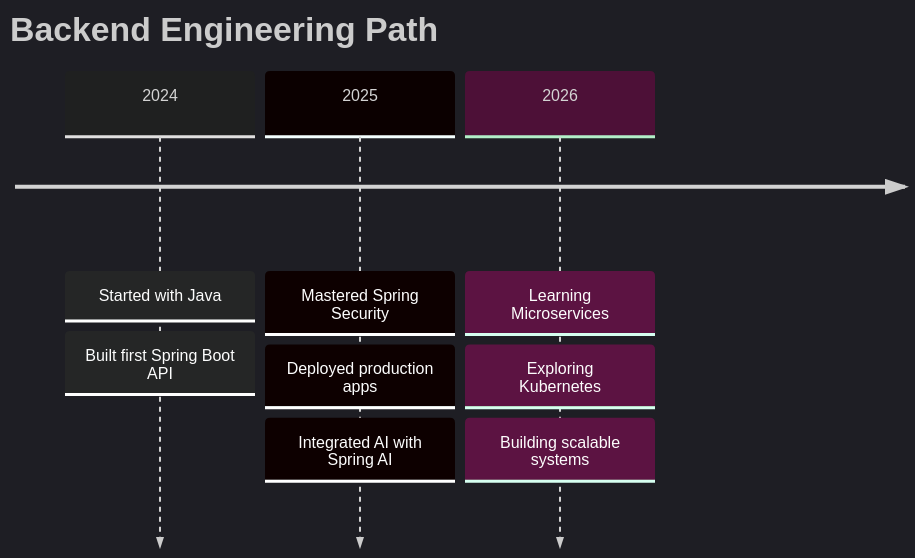
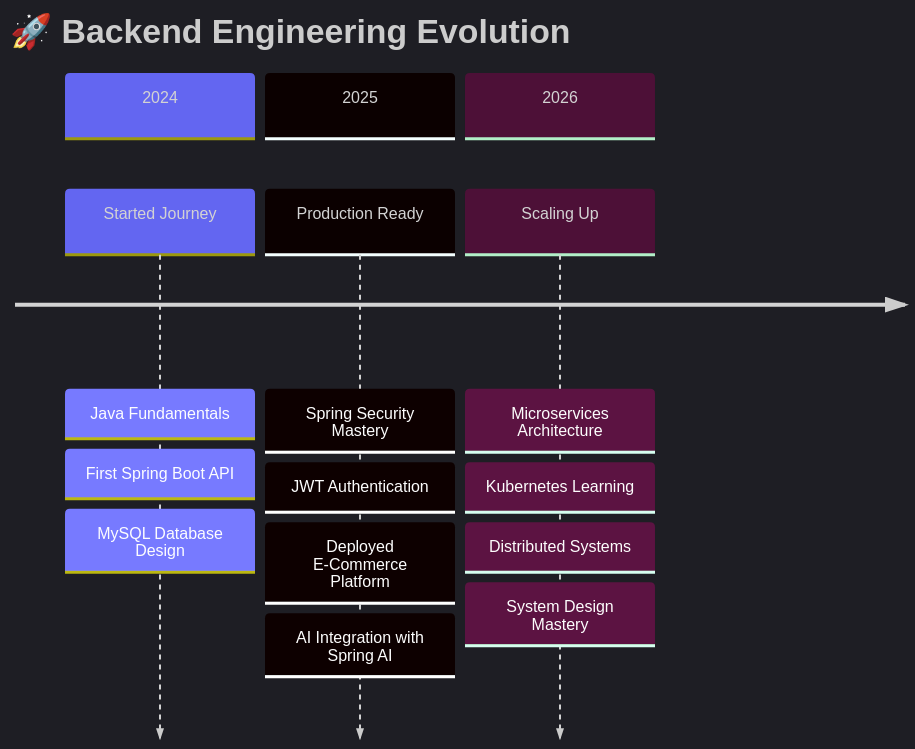
Before and after one commit to Sumeet-Y1/Sumeet-Y1: the first of 2 diagrams in README.md, drawn with Mermaid. The commit also changed other lines of this file, not shown here.

````diff
--- a/README.md
+++ b/README.md
@@ -229,8 +340,19 @@
 ```mermaid
-%%{init: {'theme':'dark'}}%%
+%%{init: {'theme':'dark', 'themeVariables': { 'primaryColor': '#6366f1', 'primaryTextColor': '#fff', 'primaryBorderColor': '#6366f1', 'lineColor': '#6366f1', 'secondaryColor': '#1e293b', 'tertiaryColor': '#0f172a'}}}%%
 timeline
-    title Backend Engineering Path
-    2024 : Started with Java : Built first Spring Boot API
-    2025 : Mastered Spring Security : Deployed production apps : Integrated AI with Spring AI
-    2026 : Learning Microservices : Exploring Kubernetes : Building scalable systems
+    title 🚀 Backend Engineering Evolution
+    section 2024
+        Started Journey : Java Fundamentals
+                        : First Spring Boot API
+                        : MySQL Database Design
+    section 2025
+        Production Ready : Spring Security Mastery
+                         : JWT Authentication
+                         : Deployed E-Commerce Platform
+                         : AI Integration with Spring AI
+    section 2026
+        Scaling Up : Microservices Architecture
+                   : Kubernetes Learning
+                   : Distributed Systems
+                   : System Design Mastery
 ```
````
